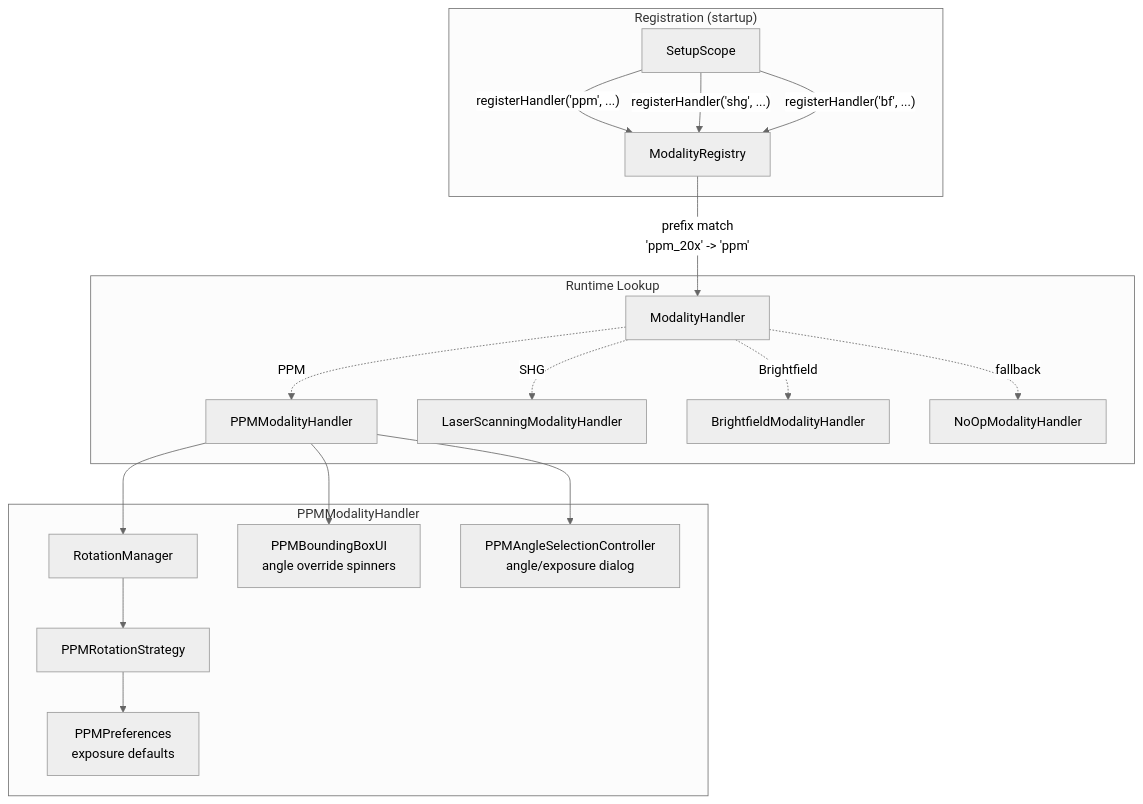
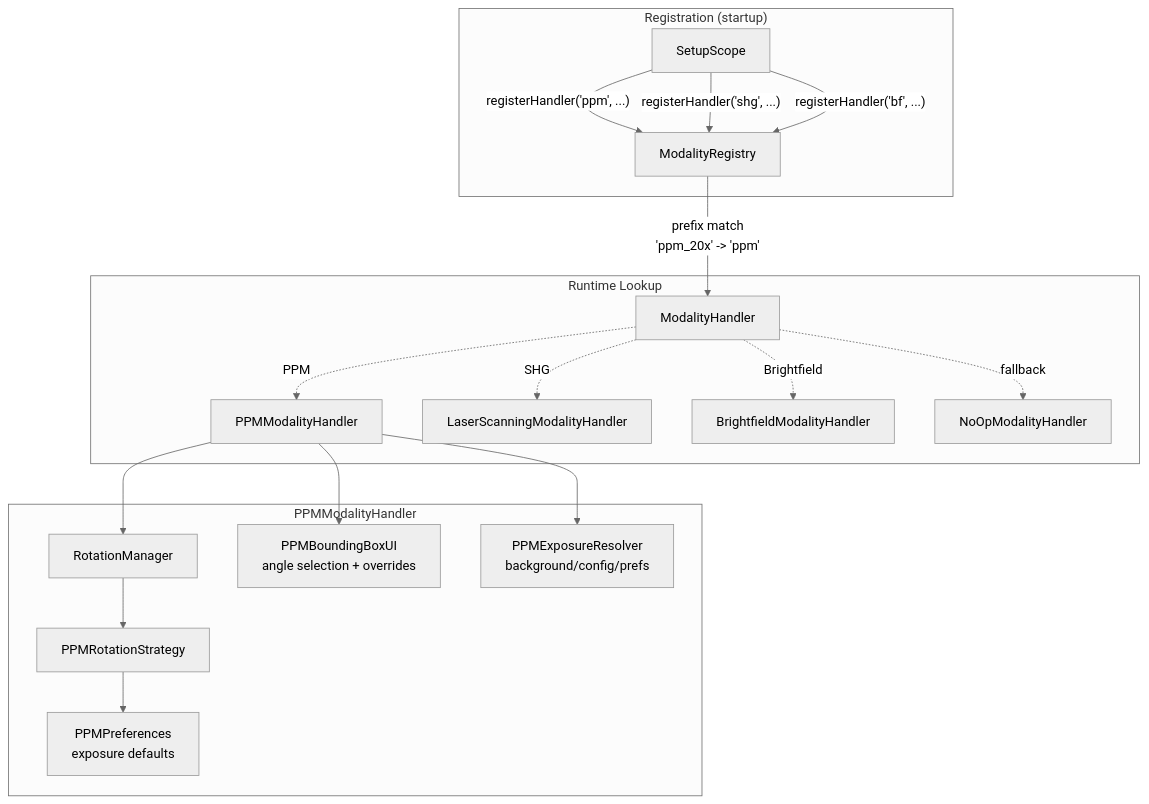
Before and after one commit to uw-loci/qupath-extension-qpsc: the fourth of 7 diagrams in documentation/developer/ARCHITECTURE.md, drawn with Mermaid (neutral theme). The commit also changed 8 other files, not shown here.

````diff
--- a/documentation/developer/ARCHITECTURE.md
+++ b/documentation/developer/ARCHITECTURE.md
@@ -181,24 +181,24 @@
 ```mermaid
 graph TB
     subgraph "Registration (startup)"
         SS[SetupScope] -->|"registerHandler('ppm', ...)"| MR[ModalityRegistry]
         SS -->|"registerHandler('shg', ...)"| MR
         SS -->|"registerHandler('bf', ...)"| MR
     end
 
     subgraph "Runtime Lookup"
         MR -->|"prefix match<br/>'ppm_20x' -> 'ppm'"| MH[ModalityHandler]
         MH -.->|"PPM"| PPM[PPMModalityHandler]
         MH -.->|"SHG"| LSM[LaserScanningModalityHandler]
         MH -.->|"Brightfield"| BFM[BrightfieldModalityHandler]
         MH -.->|"fallback"| NOP[NoOpModalityHandler]
     end
 
     subgraph "PPMModalityHandler"
         PPM --> RM[RotationManager]
         RM --> RS[PPMRotationStrategy]
         RS --> PP[PPMPreferences<br/>exposure defaults]
-        PPM --> BUI[PPMBoundingBoxUI<br/>angle override spinners]
-        PPM --> PASC[PPMAngleSelectionController<br/>angle/exposure dialog]
+        PPM --> BUI[PPMBoundingBoxUI<br/>angle selection + overrides]
+        PPM --> ER[PPMExposureResolver<br/>background/config/prefs]
     end
 ```
````
